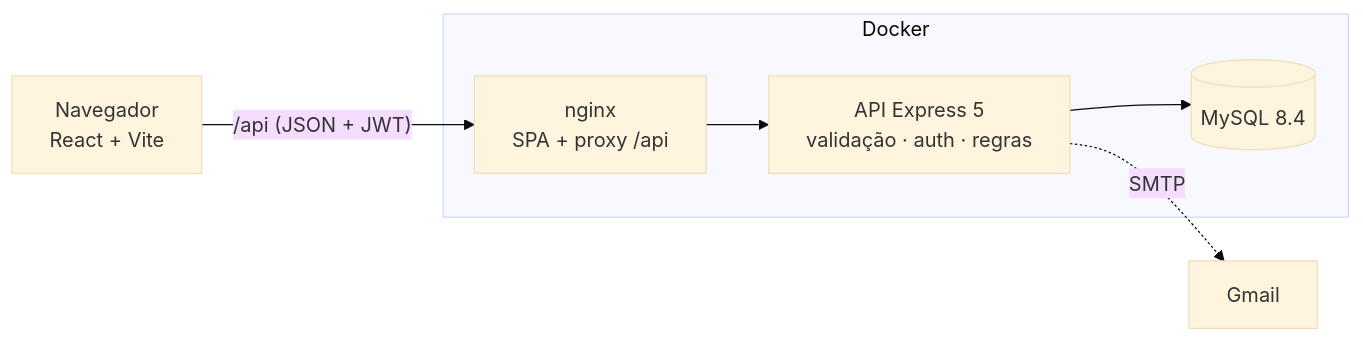
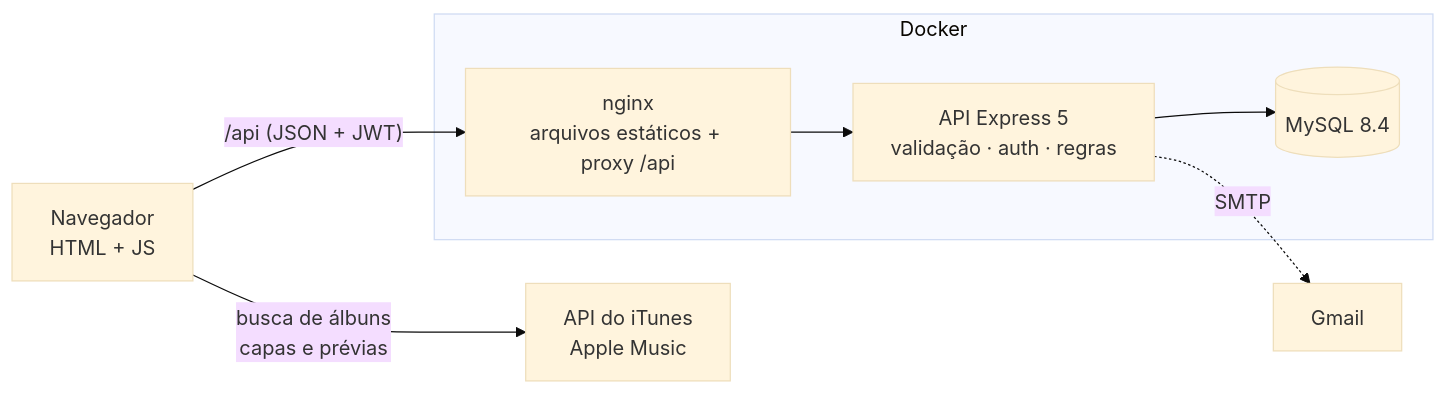
The diagram in README.md (isabelaohanadev/vinyl-vault), drawn with Mermaid (base theme) before and after one commit. The commit also changed other lines of this file and 3 other files, not shown here.

````diff
--- a/README.md
+++ b/README.md
@@ -69,9 +89,10 @@
 ```mermaid
 flowchart LR
-    Browser["Navegador<br/>React + Vite"] -- "/api (JSON + JWT)" --> Nginx
+    Browser["Navegador<br/>HTML + JS"] -- "/api (JSON + JWT)" --> Nginx
+    Browser -- "busca de álbuns<br/>capas e prévias" --> iTunes["API do iTunes<br/>Apple Music"]
     subgraph Docker
-        Nginx["nginx<br/>SPA + proxy /api"] --> API["API Express 5<br/>validação · auth · regras"]
+        Nginx["nginx<br/>arquivos estáticos + proxy /api"] --> API["API Express 5<br/>validação · auth · regras"]
         API --> DB[("MySQL 8.4")]
     end
     API -. SMTP .-> Mail["Gmail"]
 ```
````
